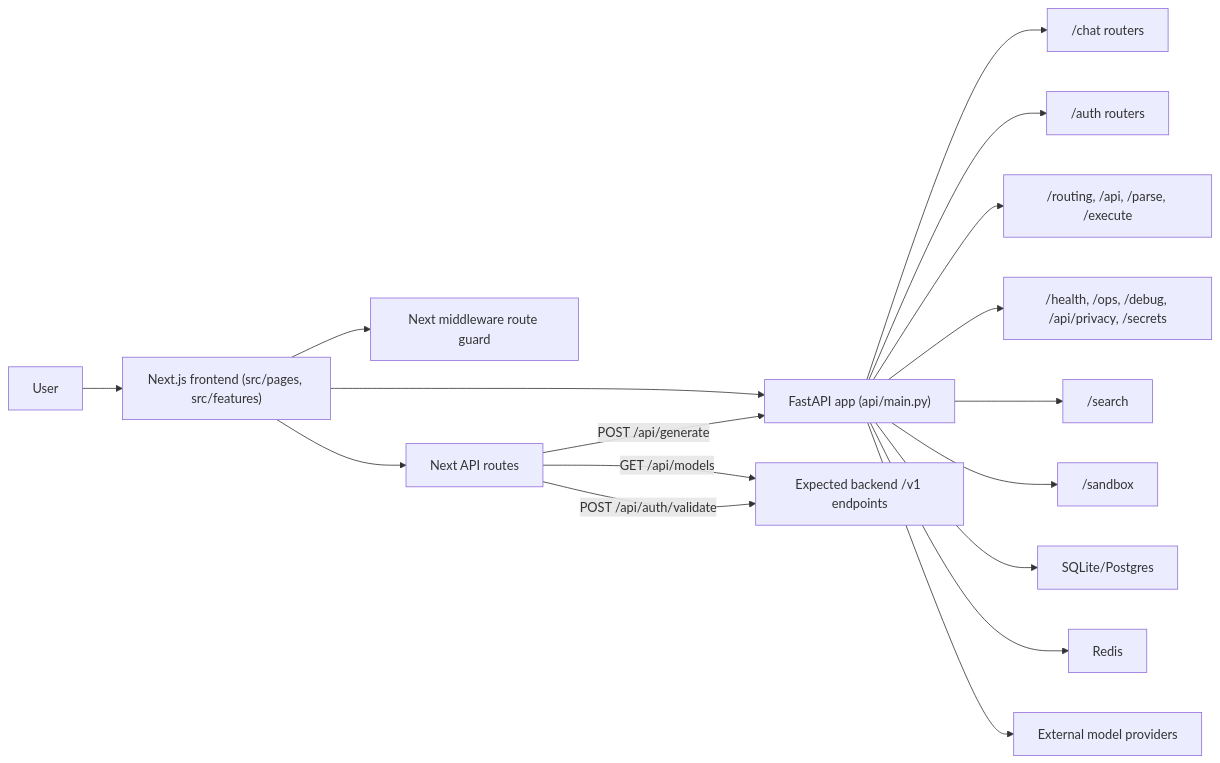
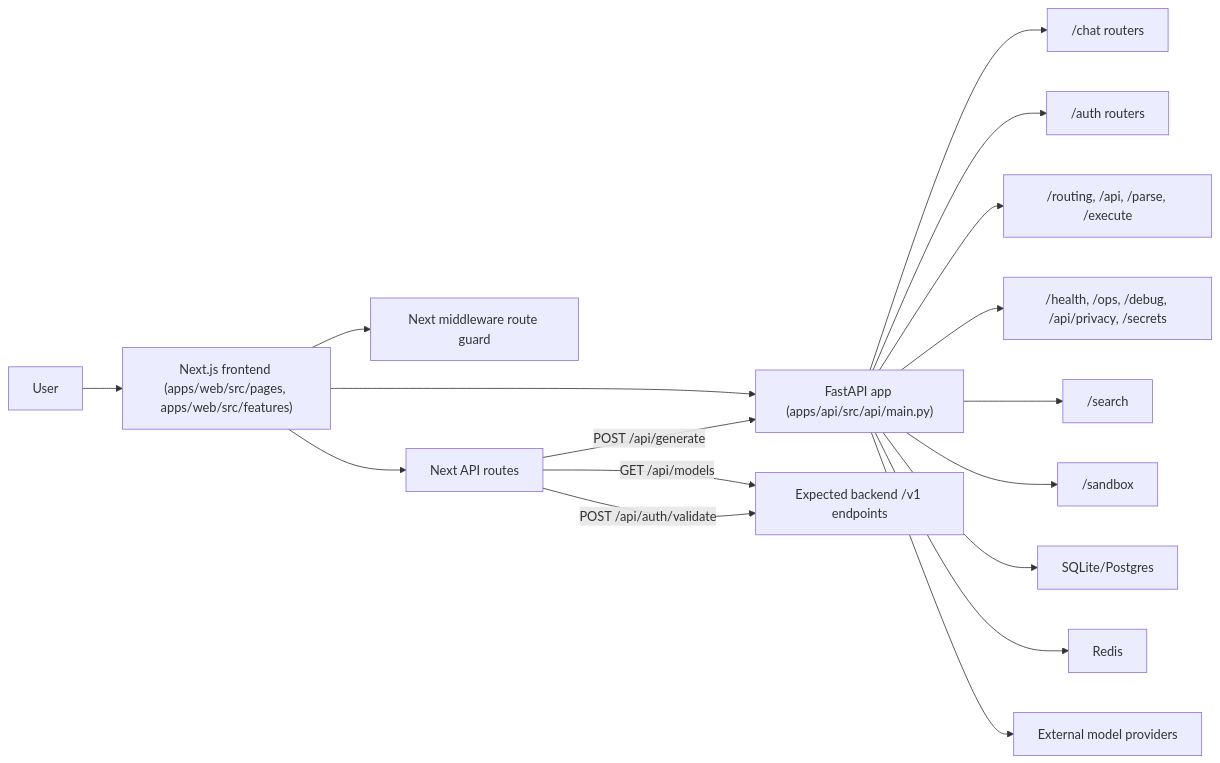
The diagram in docs/ARCHITECTURE_OVERVIEW.md (fuaadabdullah/goblin-assistant), drawn with Mermaid before and after one commit. The commit also changed other lines of this file and 1140 other files, not shown here.

````diff
--- a/docs/ARCHITECTURE_OVERVIEW.md
+++ b/docs/ARCHITECTURE_OVERVIEW.md
@@ -16,23 +16,23 @@
 ```mermaid
 graph LR
-  U["User"] --> FE["Next.js frontend (src/pages, src/features)"]
+  U["User"] --> FE["Next.js frontend (apps/web/src/pages, apps/web/src/features)"]
 
   FE --> MW["Next middleware route guard"]
   FE --> NAPI["Next API routes"]
-  FE --> API["FastAPI app (api/main.py)"]
+  FE --> API["FastAPI app (apps/api/src/api/main.py)"]
 
   NAPI -->|"POST /api/generate"| API
   NAPI -->|"GET /api/models"| V1A["Expected backend /v1 endpoints"]
   NAPI -->|"POST /api/auth/validate"| V1A
 
   API --> CHAT["/chat routers"]
   API --> AUTH["/auth routers"]
   API --> ROUTING["/routing, /api, /parse, /execute"]
   API --> OPS["/health, /ops, /debug, /api/privacy, /secrets"]
   API --> SEARCH["/search"]
   API --> SANDBOX["/sandbox"]
 
   API --> DB["SQLite/Postgres"]
   API --> REDIS["Redis"]
   API --> PROVIDERS["External model providers"]
 ```
````
